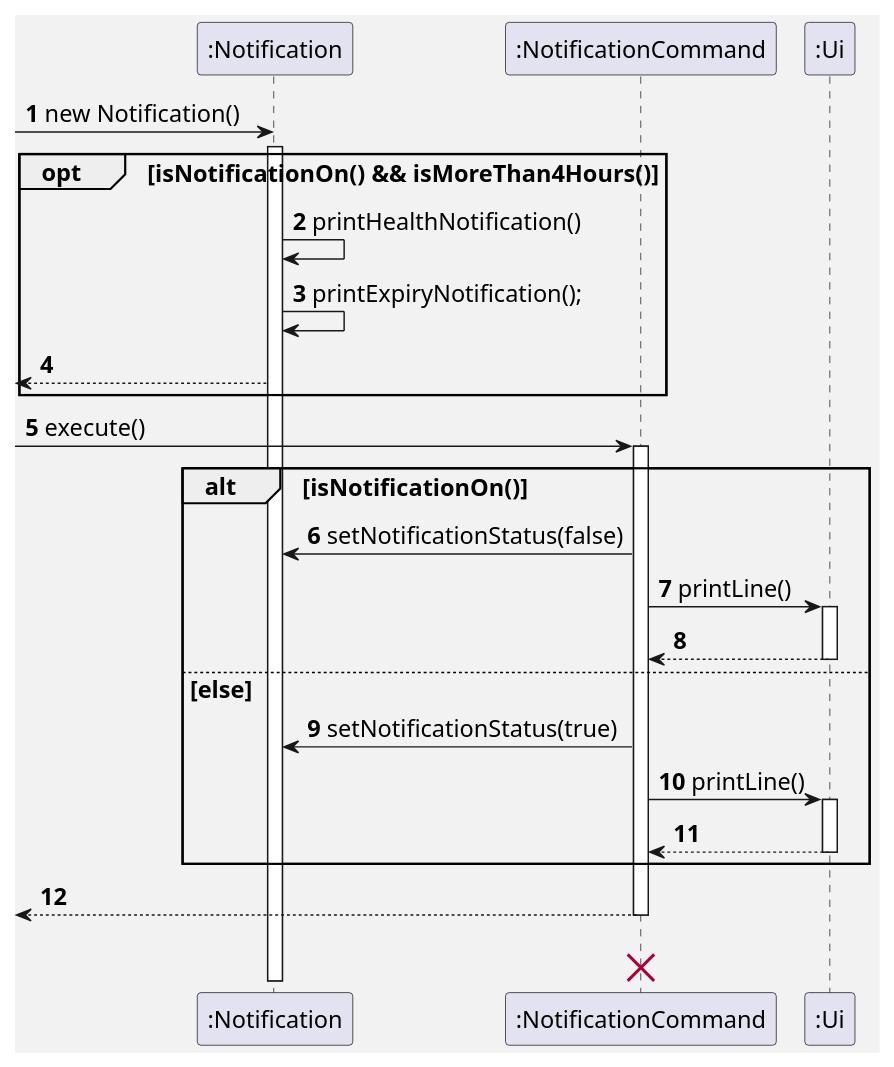
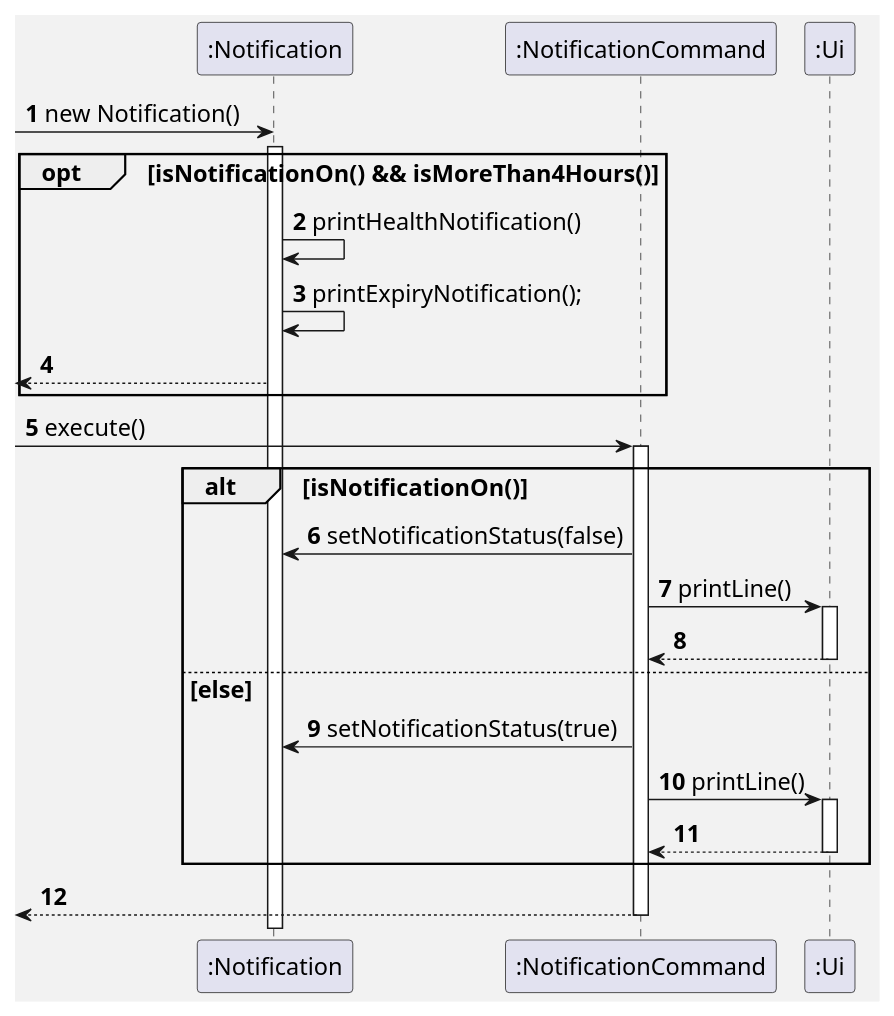
Before and after one commit to uosjapuelks/tp: the diagram in docs/pumlFiles/NotificationSequence.puml, drawn with PlantUML. The commit also changed 3 other files, not shown here.

Commit message:
Fix diagrams format

```diff
--- a/docs/pumlFiles/NotificationSequence.puml
+++ b/docs/pumlFiles/NotificationSequence.puml
@@ -1,44 +1,43 @@
 @startuml
 skinparam backgroundColor #f2f2f2
 skinparam defaultFontSize 16
 
 Participant ":Notification" as Notification
 Participant ":NotificationCommand" as NotificationCommand
 
 autonumber
 
 create Notification
 -> Notification: new Notification()
 activate Notification
 
     opt isNotificationOn() && isMoreThan4Hours()
         Notification -> Notification: printHealthNotification()
         Notification -> Notification: printExpiryNotification();
         <-- Notification
     end
 
 
 -> NotificationCommand: execute()
 activate NotificationCommand
 
     alt isNotificationOn()
         NotificationCommand -> Notification: setNotificationStatus(false)
         NotificationCommand -> ":Ui": printLine()
         activate ":Ui"
         NotificationCommand <-- ":Ui"
         deactivate ":Ui"
 
     else else
             NotificationCommand -> Notification: setNotificationStatus(true)
             NotificationCommand -> ":Ui": printLine()
             activate ":Ui"
             NotificationCommand <-- ":Ui"
             deactivate ":Ui"
 
     end
     <-- NotificationCommand
 deactivate NotificationCommand
-    <-[hidden]- NotificationCommand
-destroy NotificationCommand
+
 
 @enduml
```
